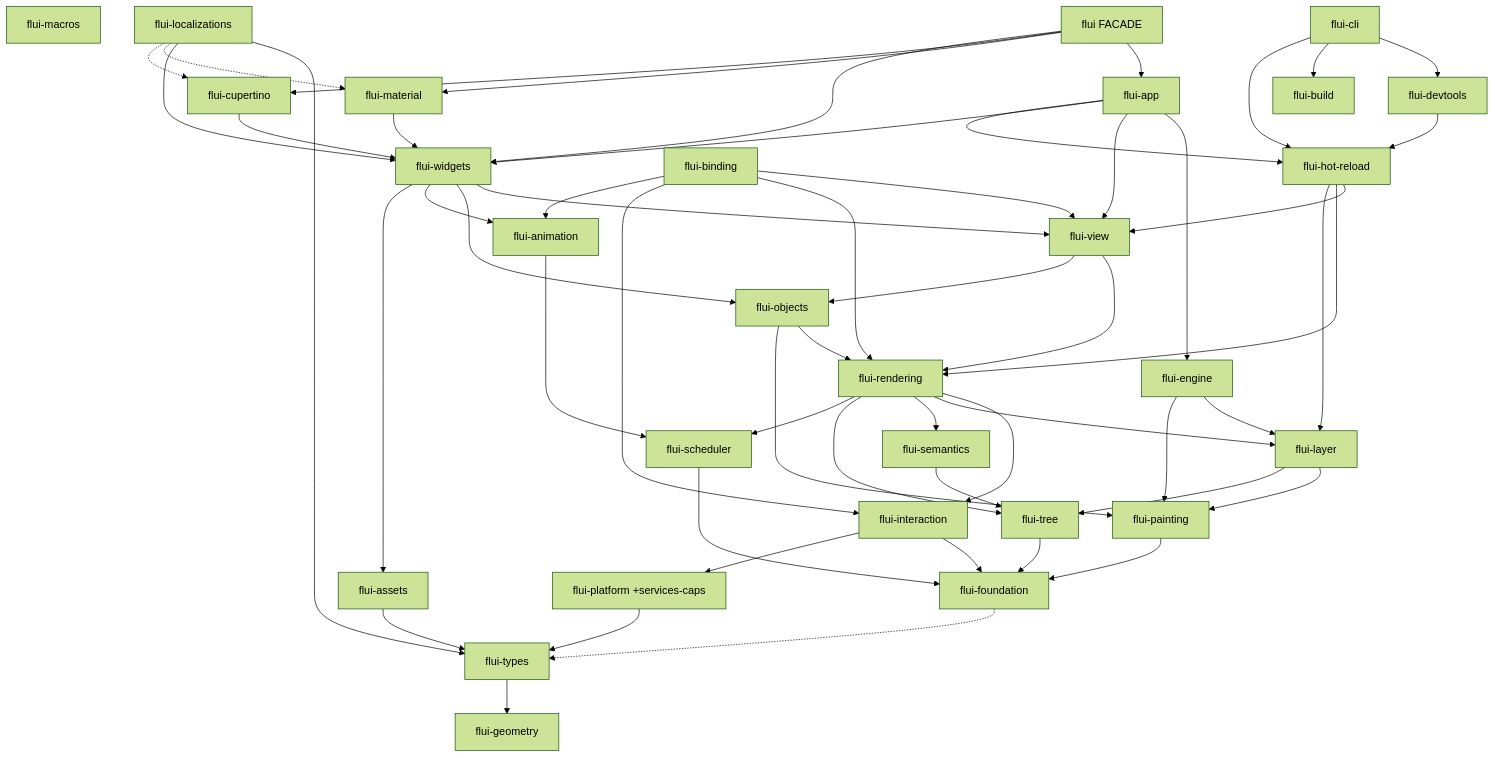
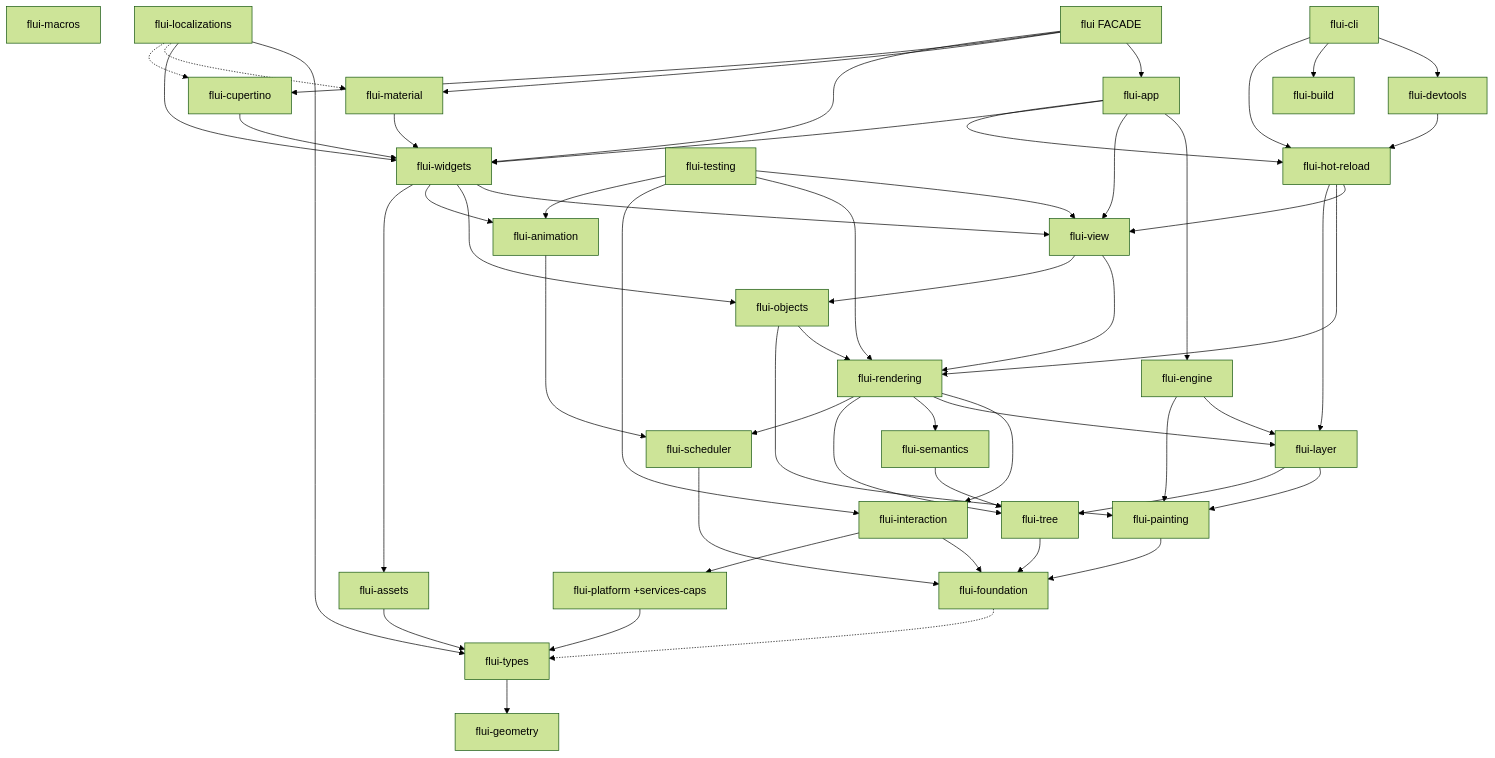
Before and after one commit to vanyastaff/flui: the diagram in docs/FOUNDATIONS.md, drawn with Mermaid (forest theme). The commit also changed other lines of this file and 83 other files, not shown here.

```diff
--- a/docs/FOUNDATIONS.md
+++ b/docs/FOUNDATIONS.md
@@ -185,7 +185,7 @@
     build[flui-build]
     hotreload[flui-hot-reload]
     widgets[flui-widgets]
-    binding[flui-binding]
+    testing[flui-testing]
     l10n[flui-localizations]
     material[flui-material]
     cupertino[flui-cupertino]
@@ -220,10 +220,10 @@
     widgets --> objects
     widgets --> animation
     widgets --> assets
-    binding --> view
-    binding --> rendering
-    binding --> interaction
-    binding --> animation
+    testing --> view
+    testing --> rendering
+    testing --> interaction
+    testing --> animation
     hotreload --> view
     hotreload --> rendering
     hotreload --> layer
```
